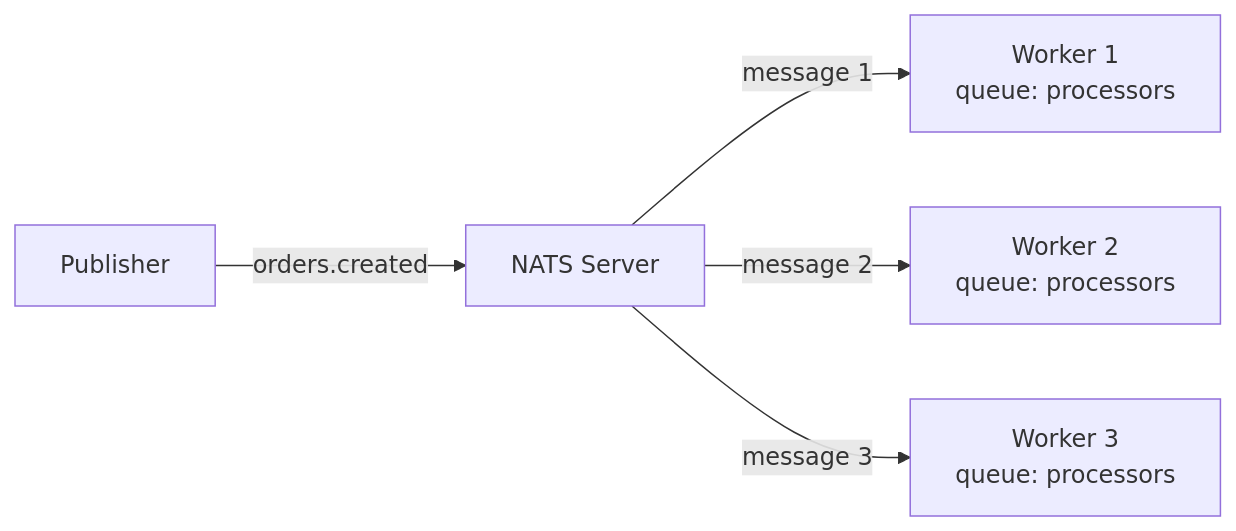
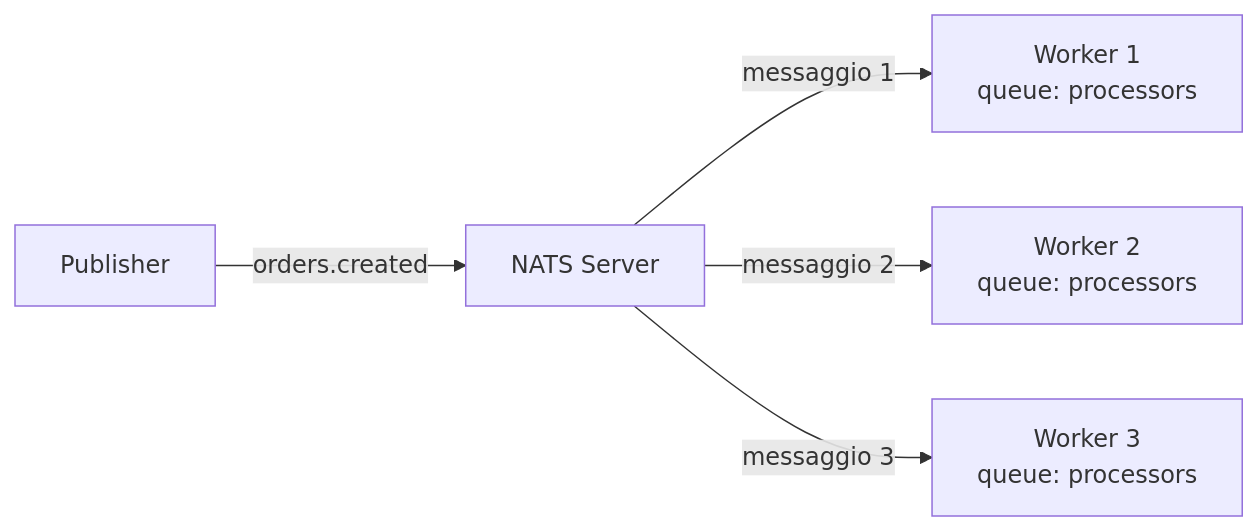
The third of 4 diagrams in i18n/it/docusaurus-plugin-content-docs/current/services/messaging/nats/concepts.md (HidoraSwiss/hikube-public-doc), drawn with Mermaid before and after one commit. The commit also changed other lines of this file and 148 other files, not shown here.

````diff
--- a/i18n/it/docusaurus-plugin-content-docs/current/services/messaging/nats/concepts.md
+++ b/i18n/it/docusaurus-plugin-content-docs/current/services/messaging/nats/concepts.md
@@ -88,7 +84,7 @@
 ```mermaid
 graph LR
     PUB[Publisher] -->|"orders.created"| NATS[NATS Server]
-    NATS -->|"message 1"| S1[Worker 1<br/>queue: processors]
-    NATS -->|"message 2"| S2[Worker 2<br/>queue: processors]
-    NATS -->|"message 3"| S3[Worker 3<br/>queue: processors]
+    NATS -->|"messaggio 1"| S1[Worker 1<br/>queue: processors]
+    NATS -->|"messaggio 2"| S2[Worker 2<br/>queue: processors]
+    NATS -->|"messaggio 3"| S3[Worker 3<br/>queue: processors]
 ```
````
